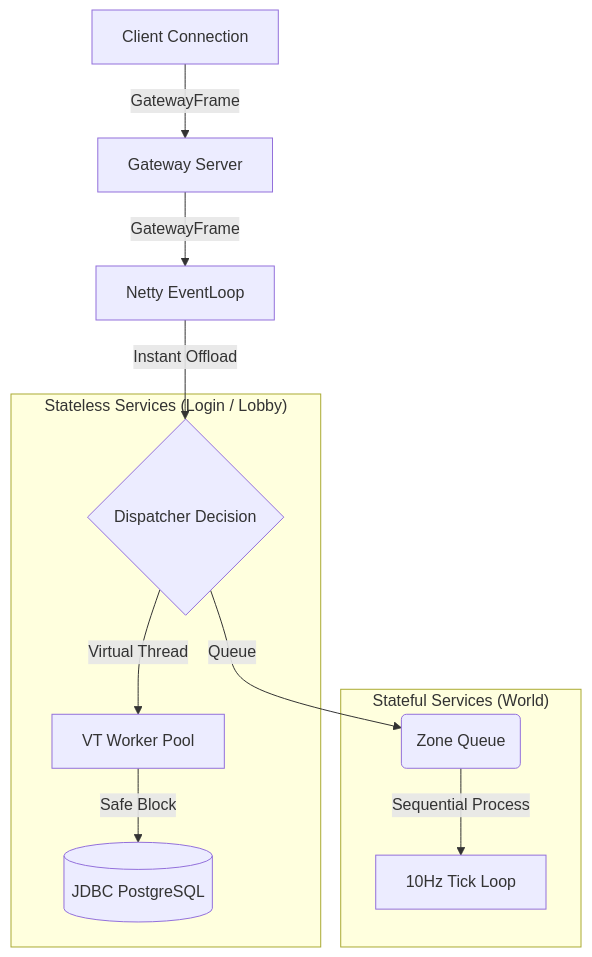
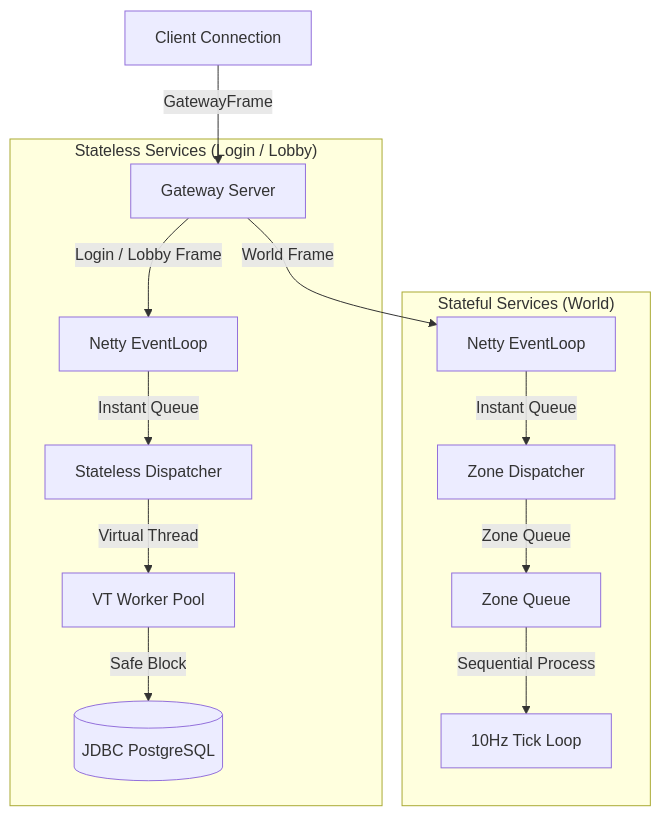
Before and after one commit to TheStackTraceWhisperer/catalyst: the diagram in analysis_results.md, drawn with Mermaid.

Commit message:
docs: clarify gateway routing and service dispatch flows in mermaid diagram

````diff
--- a/analysis_results.md
+++ b/analysis_results.md
@@ -29,16 +29,18 @@
 ```mermaid
 graph TD
     Client["Client Connection"] -->|GatewayFrame| GW["Gateway Server"]
-    GW -->|GatewayFrame| Netty["Netty EventLoop"]
-    Netty -->|Instant Offload| Dispatcher{"Dispatcher Decision"}
     
     subgraph "Stateless Services (Login / Lobby)"
-        Dispatcher -->|Virtual Thread| VT["VT Worker Pool"]
+        GW -->|Login / Lobby Frame| NettyStateless["Netty EventLoop"]
+        NettyStateless -->|Instant Queue| DispStateless["Stateless Dispatcher"]
+        DispStateless -->|Virtual Thread| VT["VT Worker Pool"]
         VT -->|Safe Block| DB[("JDBC PostgreSQL")]
     end
 
     subgraph "Stateful Services (World)"
-        Dispatcher -->|Queue| Queue("Zone Queue")
+        GW -->|World Frame| NettyStateful["Netty EventLoop"]
+        NettyStateful -->|Instant Queue| DispStateful["Zone Dispatcher"]
+        DispStateful -->|Zone Queue| Queue["Zone Queue"]
         Queue -->|Sequential Process| Loop["10Hz Tick Loop"]
     end
 ```
````
